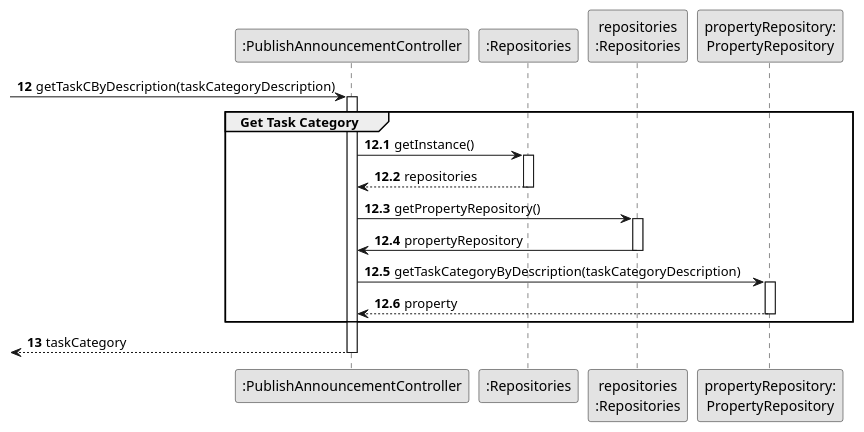
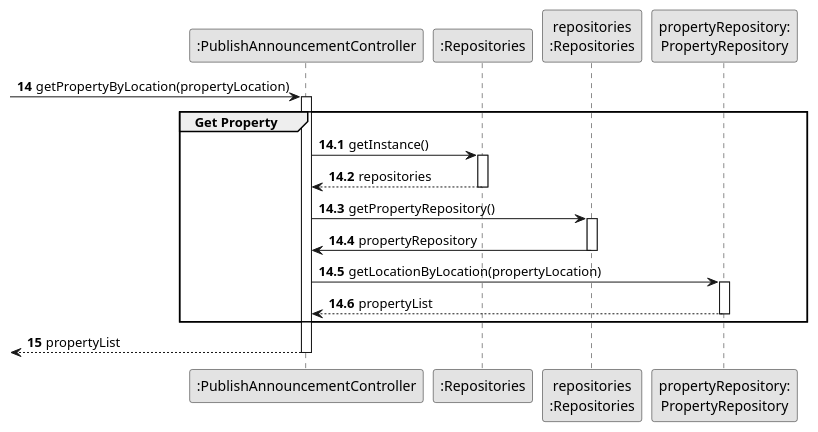
One commit to Rodrick0209/ISEP-LAPR2-22-23 changed the diagram in docs/Sprint-B/US002/03.design/puml/us002-sequence-diagram-partial-get-property.puml. Above: the diagram before and after it, drawn with PlantUML. The commit also changed 59 other files, not shown here.

```diff
--- a/docs/Sprint-B/US002/03.design/puml/us002-sequence-diagram-partial-get-property.puml
+++ b/docs/Sprint-B/US002/03.design/puml/us002-sequence-diagram-partial-get-property.puml
@@ -1,44 +1,44 @@
 @startuml
 skinparam monochrome true
 skinparam packageStyle rectangle
 skinparam shadowing false
 
 participant ":PublishAnnouncementController" as CTRL
 participant ":Repositories" as RepositorySingleton
 participant "repositories\n:Repositories" as PLAT
-participant "propertyRepository:\nPropertyRepository" as TaskCategoryRepository
+participant "propertyRepository:\nPropertyRepository" as PropertyRepository
 
-autonumber 12
--> CTRL : getTaskCByDescription(taskCategoryDescription)
+autonumber 14
+-> CTRL : getPropertyByLocation(propertyLocation)
 
-autonumber 12.1
+autonumber 14.1
 
 activate CTRL
-    group Get Task Category
+    group Get Property
         CTRL -> RepositorySingleton : getInstance()
         activate RepositorySingleton
 
             RepositorySingleton --> CTRL: repositories
         deactivate RepositorySingleton
 
         CTRL -> PLAT : getPropertyRepository()
         activate PLAT
 
             PLAT -> CTRL : propertyRepository
         deactivate PLAT
 
-        CTRL -> TaskCategoryRepository : getTaskCategoryByDescription(taskCategoryDescription)
-        activate TaskCategoryRepository
+        CTRL -> PropertyRepository : getLocationByLocation(propertyLocation)
+        activate PropertyRepository
 
-            TaskCategoryRepository --> CTRL : property
-        deactivate TaskCategoryRepository
+            PropertyRepository --> CTRL : propertyList
+        deactivate PropertyRepository
 
     end group
 
-    autonumber 13
-    <-- CTRL : taskCategory
+    autonumber 15
+    <-- CTRL : propertyList
 
 deactivate CTRL
 
 
 @enduml
```
